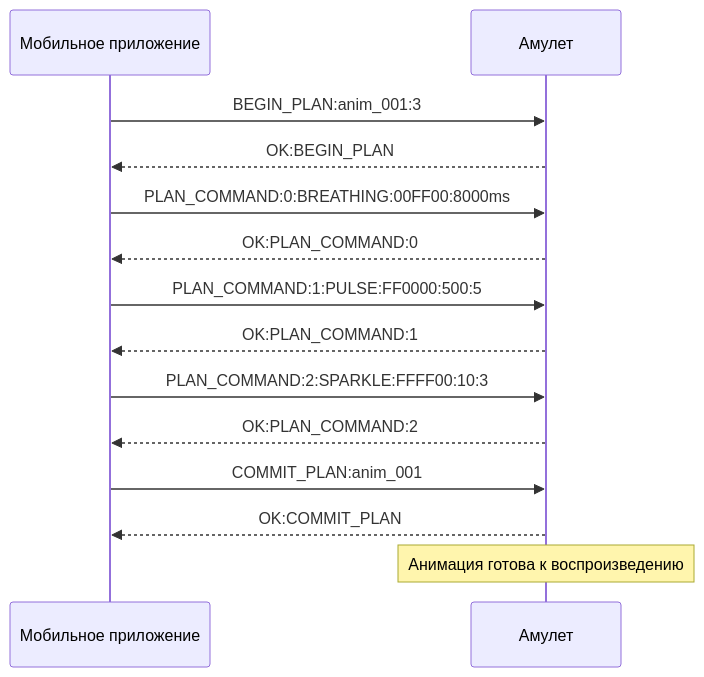
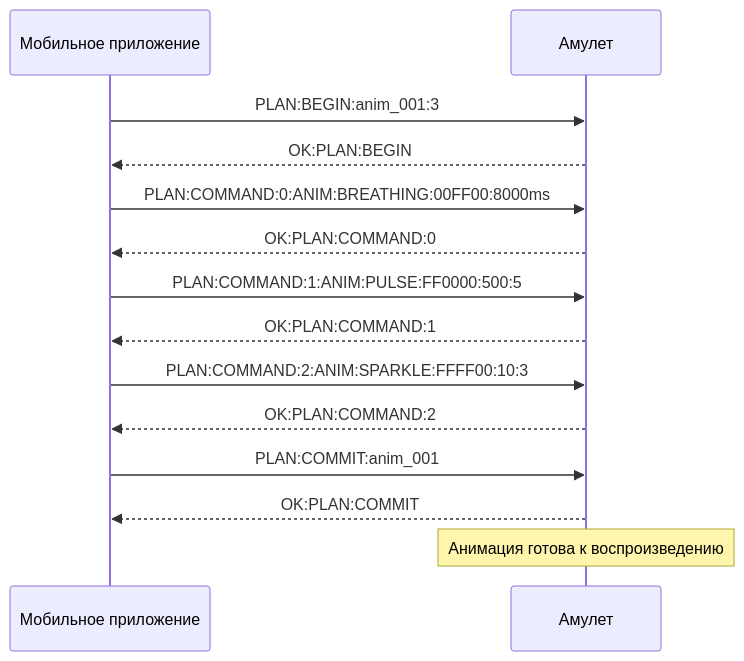
The third of 3 diagrams in docs/20_DATA_LAYER/03_BLE_PROTOCOL.md (BUka228/amulet_android_app), drawn with Mermaid before and after one commit. The commit also changed other lines of this file, not shown here.

````diff
--- a/docs/20_DATA_LAYER/03_BLE_PROTOCOL.md
+++ b/docs/20_DATA_LAYER/03_BLE_PROTOCOL.md
@@ -159,22 +188,22 @@
 ```mermaid
 sequenceDiagram
     participant App as Мобильное приложение
     participant Device as Амулет
 
-    App->>Device: BEGIN_PLAN:anim_001:3
-    Device-->>App: OK:BEGIN_PLAN
+    App->>Device: PLAN:BEGIN:anim_001:3
+    Device-->>App: OK:PLAN:BEGIN
 
-    App->>Device: PLAN_COMMAND:0:BREATHING:00FF00:8000ms
-    Device-->>App: OK:PLAN_COMMAND:0
+    App->>Device: PLAN:COMMAND:0:ANIM:BREATHING:00FF00:8000ms
+    Device-->>App: OK:PLAN:COMMAND:0
 
-    App->>Device: PLAN_COMMAND:1:PULSE:FF0000:500:5
-    Device-->>App: OK:PLAN_COMMAND:1
+    App->>Device: PLAN:COMMAND:1:ANIM:PULSE:FF0000:500:5
+    Device-->>App: OK:PLAN:COMMAND:1
 
-    App->>Device: PLAN_COMMAND:2:SPARKLE:FFFF00:10:3
-    Device-->>App: OK:PLAN_COMMAND:2
+    App->>Device: PLAN:COMMAND:2:ANIM:SPARKLE:FFFF00:10:3
+    Device-->>App: OK:PLAN:COMMAND:2
 
-    App->>Device: COMMIT_PLAN:anim_001
-    Device-->>App: OK:COMMIT_PLAN
+    App->>Device: PLAN:COMMIT:anim_001
+    Device-->>App: OK:PLAN:COMMIT
 
     Note over Device: Анимация готова к воспроизведению
 ```
````
